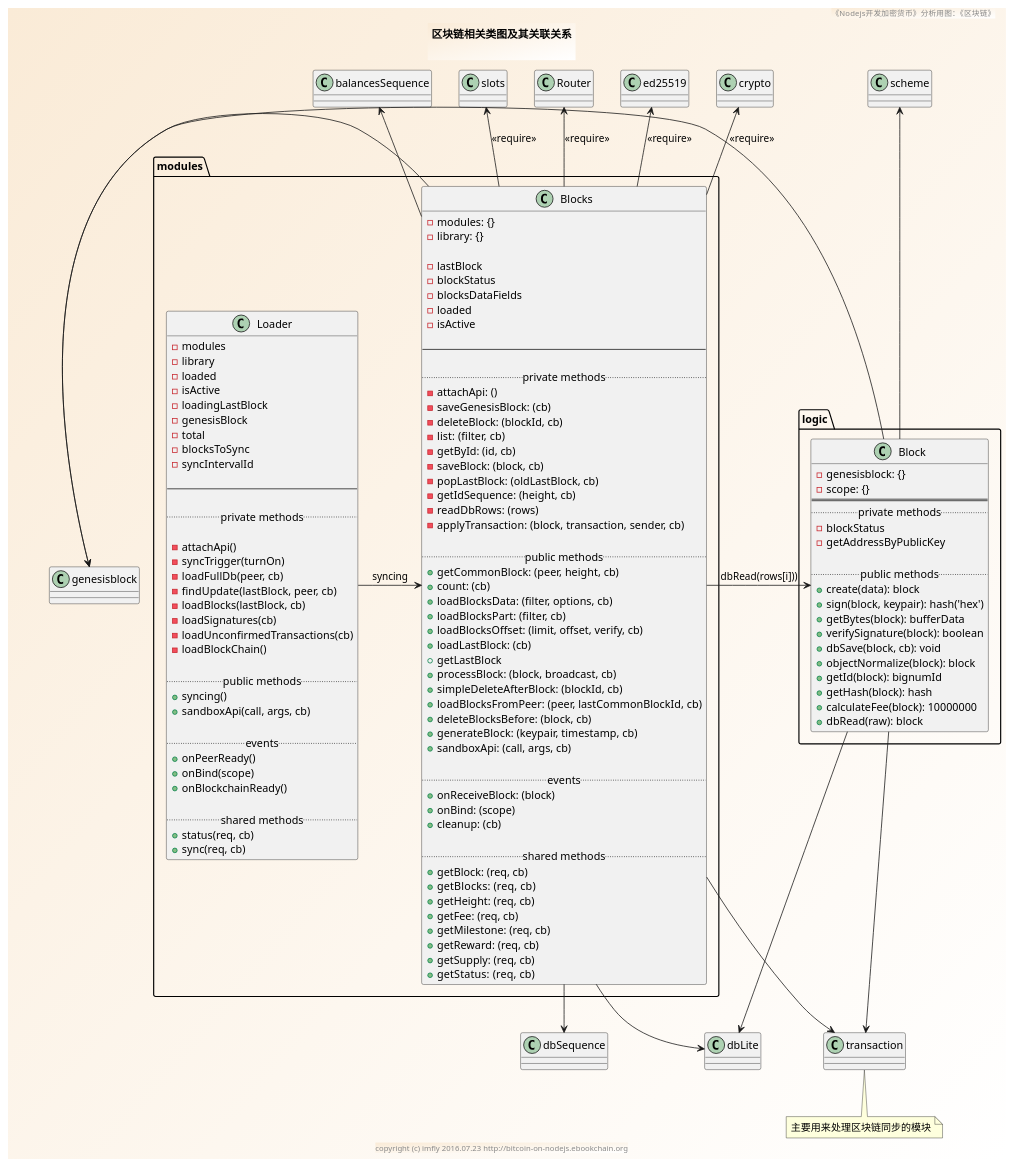
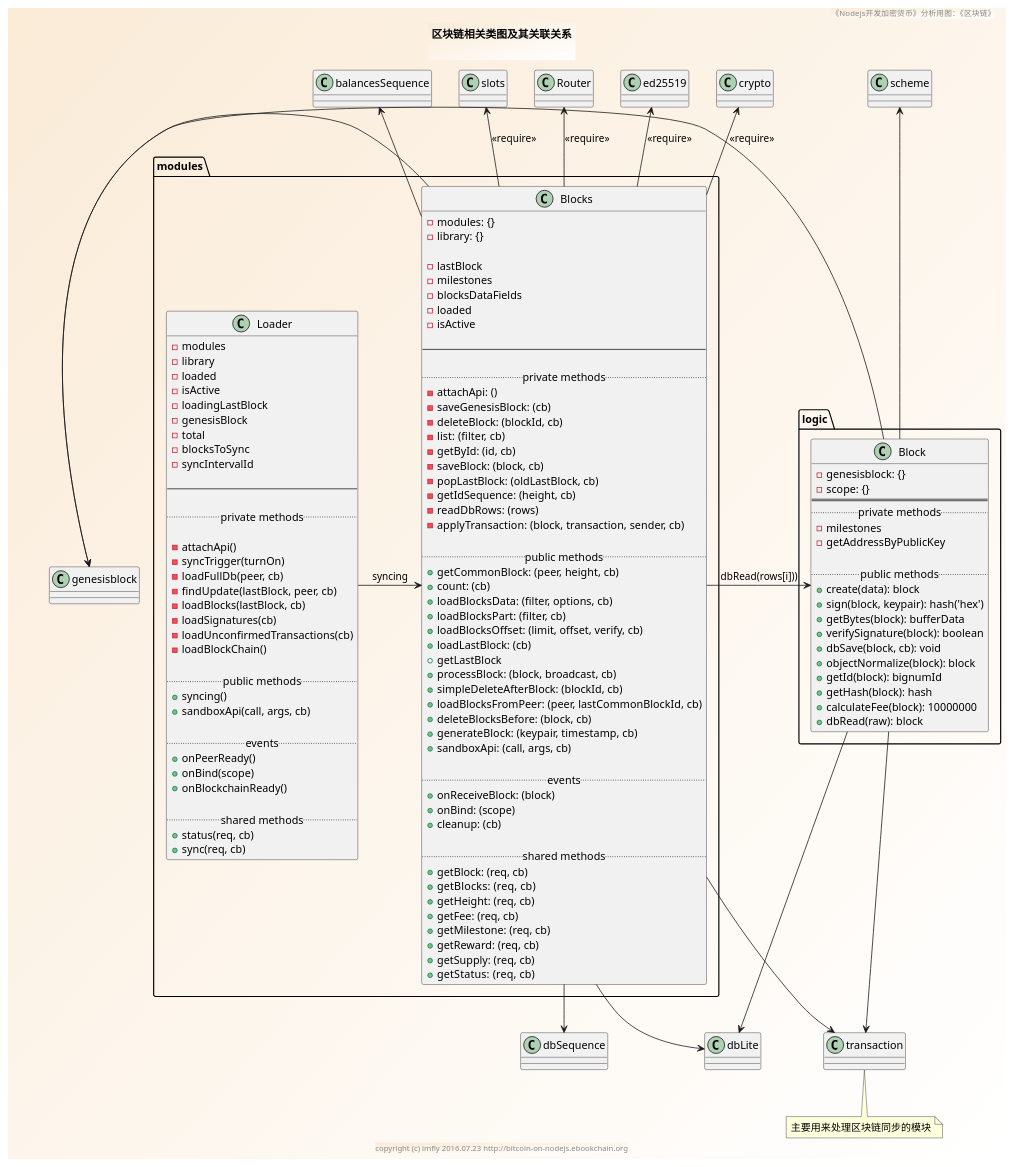
One commit to brightmanforever022/bitcoin-on-nodejs changed the diagram in sources/modules/blocks/class.pu. Above: the diagram before and after it, drawn with PlantUML. The commit also changed 5 other files, not shown here.

```diff
--- a/sources/modules/blocks/class.pu
+++ b/sources/modules/blocks/class.pu
@@ -1,152 +1,152 @@
 @startuml ../../../styles/images/modules/blocks/blocks-class.png
 skinparam BorderColor #blue\9932CC
 skinparam backgroundcolor AntiqueWhite/white
 
 title
 区块链相关类图及其关联关系
 
 end title
 footer copyright (c) imfly 2016.07.23 http://bitcoin-on-nodejs.ebookchain.org
 header 《Nodejs开发加密货币》分析用图：《区块链》
 
 ' logic/block.js
 package logic {
   Class Block {
     - genesisblock: {}
     - scope: {}
     ====
     .. private methods ..
-    -blockStatus
+    -milestones
     -getAddressByPublicKey
 
     .. public methods ..
     +create(data): block
     +sign(block, keypair): hash('hex')
     +getBytes(block): bufferData
     +verifySignature(block): boolean
     +dbSave(block, cb): void
     +objectNormalize(block): block
     +getId(block): bignumId
     +getHash(block): hash
     +calculateFee(block): 10000000
     +dbRead(raw): block
   }
 }
 
 package modules {
   ' modules/blocks.js
   Class Blocks {
     - modules: {}
     - library: {}
 
     - lastBlock
-    - blockStatus
+    - milestones
     - blocksDataFields
     - loaded
     - isActive
 
     --
 
     .. private methods ..
     -attachApi: ()
     -saveGenesisBlock: (cb)
     -deleteBlock: (blockId, cb)
     -list: (filter, cb)
     -getById: (id, cb)
     -saveBlock: (block, cb)
     -popLastBlock: (oldLastBlock, cb)
     -getIdSequence: (height, cb)
     -readDbRows: (rows)
     -applyTransaction: (block, transaction, sender, cb)
 
     .. public methods ..
     +getCommonBlock: (peer, height, cb)
     +count: (cb)
     +loadBlocksData: (filter, options, cb)
     +loadBlocksPart: (filter, cb)
     +loadBlocksOffset: (limit, offset, verify, cb)
     +loadLastBlock: (cb)
     +getLastBlock
     +processBlock: (block, broadcast, cb)
     +simpleDeleteAfterBlock: (blockId, cb)
     +loadBlocksFromPeer: (peer, lastCommonBlockId, cb)
     +deleteBlocksBefore: (block, cb)
     +generateBlock: (keypair, timestamp, cb)
     +sandboxApi: (call, args, cb)
 
     .. events ..
     +onReceiveBlock: (block)
     +onBind: (scope)
     +cleanup: (cb)
 
     .. shared methods..
     +getBlock: (req, cb)
     +getBlocks:  (req, cb)
     +getHeight: (req, cb)
     +getFee: (req, cb)
     +getMilestone: (req, cb)
     +getReward: (req, cb)
     +getSupply: (req, cb)
     +getStatus:  (req, cb)
   }
 
   ' modules/loader.js
   Class Loader {
     - modules
     - library
     - loaded
     - isActive
     - loadingLastBlock
     - genesisBlock
     - total
     - blocksToSync
     - syncIntervalId
 
     --
 
     .. private methods ..
 
     - attachApi()
     - syncTrigger(turnOn)
     - loadFullDb(peer, cb)
     - findUpdate(lastBlock, peer, cb)
     - loadBlocks(lastBlock, cb)
     - loadSignatures(cb)
     - loadUnconfirmedTransactions(cb)
     - loadBlockChain()
 
     .. public methods ..
     + syncing()
     + sandboxApi(call, args, cb)
 
     .. events ..
     + onPeerReady()
     + onBind(scope)
     + onBlockchainReady()
 
     .. shared methods..
     + status(req, cb)
     + sync(req, cb)
   }
 }
 ' relationship
 Blocks -up-> crypto: <<require>>
 Blocks -up-> ed25519: <<require>>
 Blocks -up-> Router: <<require>>
 Blocks -up-> slots: <<require>>
 
 Blocks -up-> balancesSequence
 Blocks --> dbSequence
 Blocks -down-> genesisblock
 Blocks -down-> dbLite
 Blocks -down-> transaction
 
 Blocks <-left- Loader: syncing
 note bottom: 主要用来处理区块链同步的模块
 Blocks -left-> Block: dbRead(rows[i]))
 
 Block -up-> scheme
 Block -down-> dbLite
 Block -left-> genesisblock
 Block -right-> transaction
 @enduml
```
